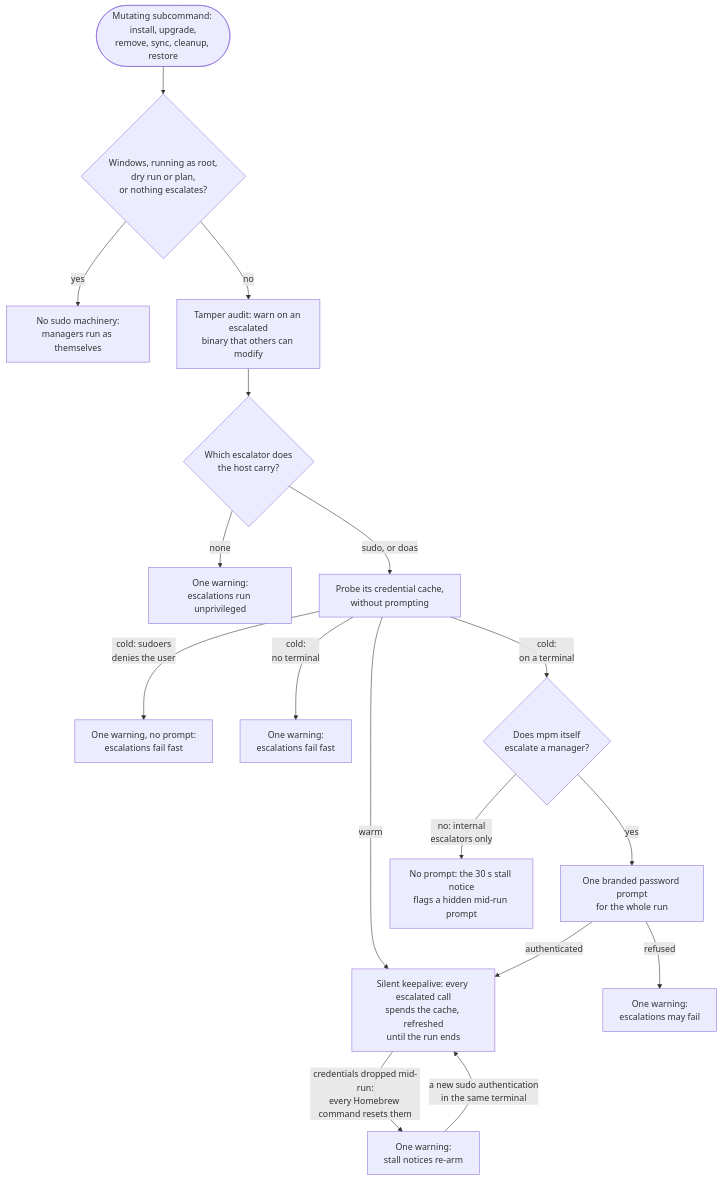
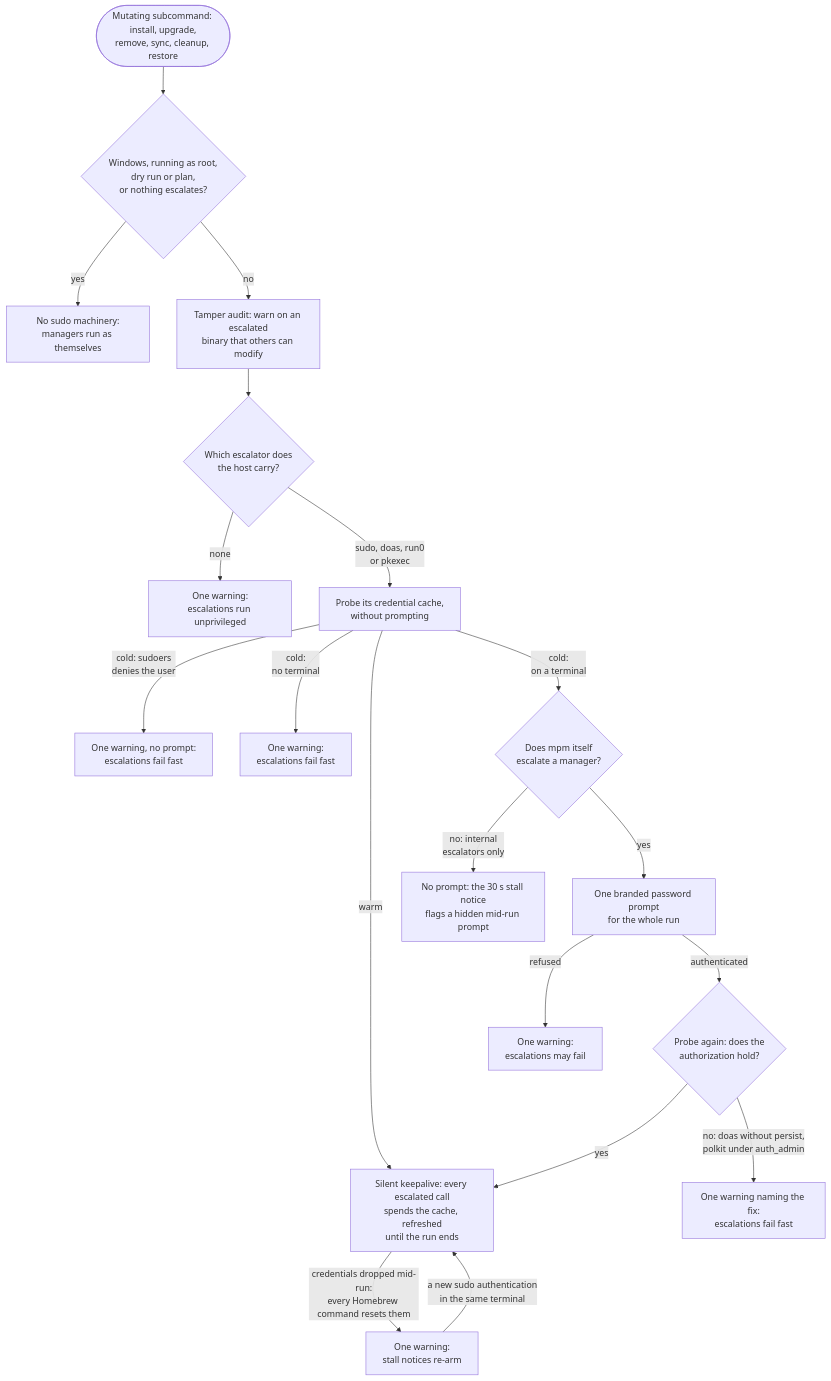
The diagram in docs/sudo.md (kdeldycke/meta-package-manager), drawn with Mermaid before and after one commit. The commit also changed other lines of this file and 3 other files, not shown here.

Commit message:
Warn when the escalator keeps no authorization past its prompt

````diff
--- a/docs/sudo.md
+++ b/docs/sudo.md
@@ -127,19 +127,21 @@
 ```mermaid
 flowchart TD
     begin(["Mutating subcommand: install, upgrade,<br/>remove, sync, cleanup, restore"]) --> skip{"Windows, running as root,<br/>dry run or plan,<br/>or nothing escalates?"}
     skip -->|"yes"| bare["No sudo machinery:<br/>managers run as themselves"]
     skip -->|"no"| audit["Tamper audit: warn on an escalated<br/>binary that others can modify"]
     audit --> pick{"Which escalator does<br/>the host carry?"}
     pick -->|"none"| noesc["One warning:<br/>escalations run unprivileged"]
-    pick -->|"sudo, or doas"| probe["Probe its credential cache,<br/>without prompting"]
+    pick -->|"sudo, doas, run0<br/>or pkexec"| probe["Probe its credential cache,<br/>without prompting"]
     probe -->|"warm"| keepalive["Silent keepalive: every escalated call<br/>spends the cache, refreshed<br/>until the run ends"]
     probe -->|"cold: sudoers<br/>denies the user"| denied["One warning, no prompt:<br/>escalations fail fast"]
     probe -->|"cold:<br/>no terminal"| notty["One warning:<br/>escalations fail fast"]
     probe -->|"cold:<br/>on a terminal"| who{"Does mpm itself<br/>escalate a manager?"}
     who -->|"yes"| prompt["One branded password prompt<br/>for the whole run"]
     who -->|"no: internal<br/>escalators only"| stall["No prompt: the 30 s stall notice<br/>flags a hidden mid-run prompt"]
-    prompt -->|"authenticated"| keepalive
+    prompt -->|"authenticated"| reprobe{"Probe again: does the<br/>authorization hold?"}
+    reprobe -->|"yes"| keepalive
+    reprobe -->|"no: doas without persist,<br/>polkit under auth_admin"| nokeep["One warning naming the fix:<br/>escalations fail fast"]
     prompt -->|"refused"| failed["One warning:<br/>escalations may fail"]
     keepalive -->|"credentials dropped mid-run:<br/>every Homebrew command resets them"| dropped["One warning:<br/>stall notices re-arm"]
     dropped -->|"a new sudo authentication<br/>in the same terminal"| keepalive
 ```
````
